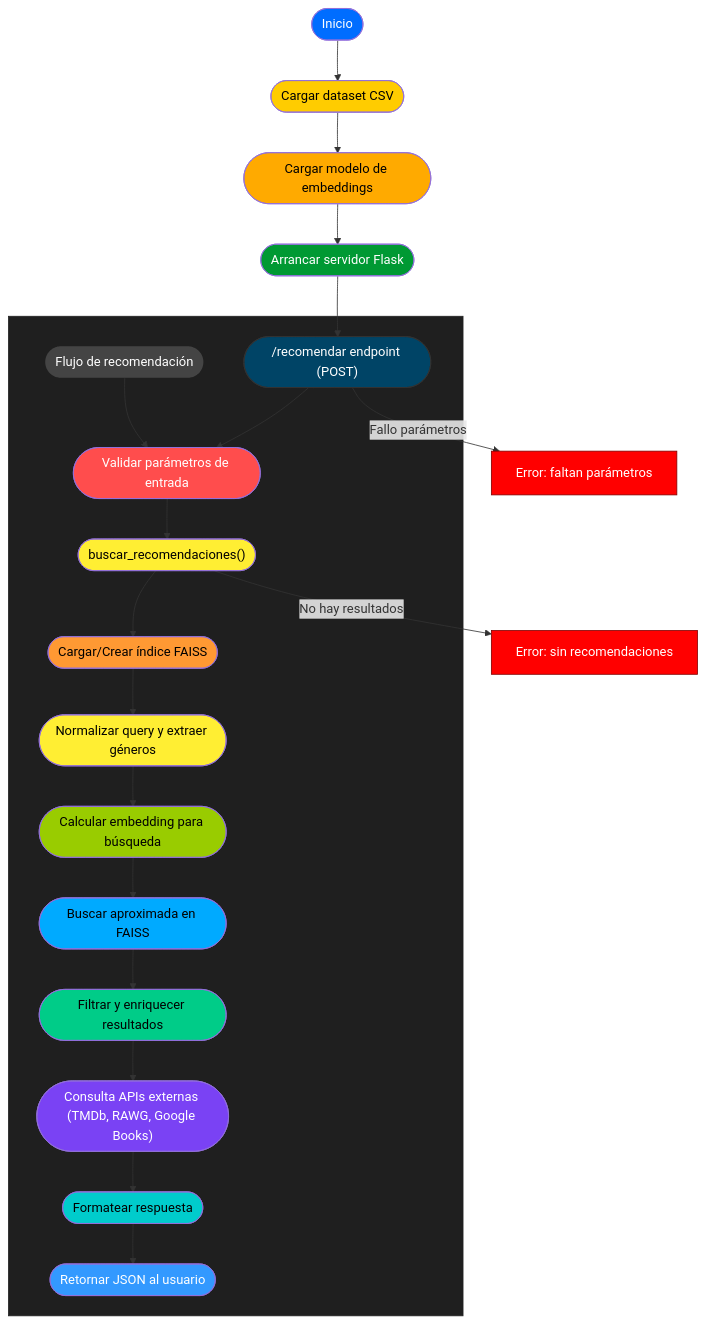
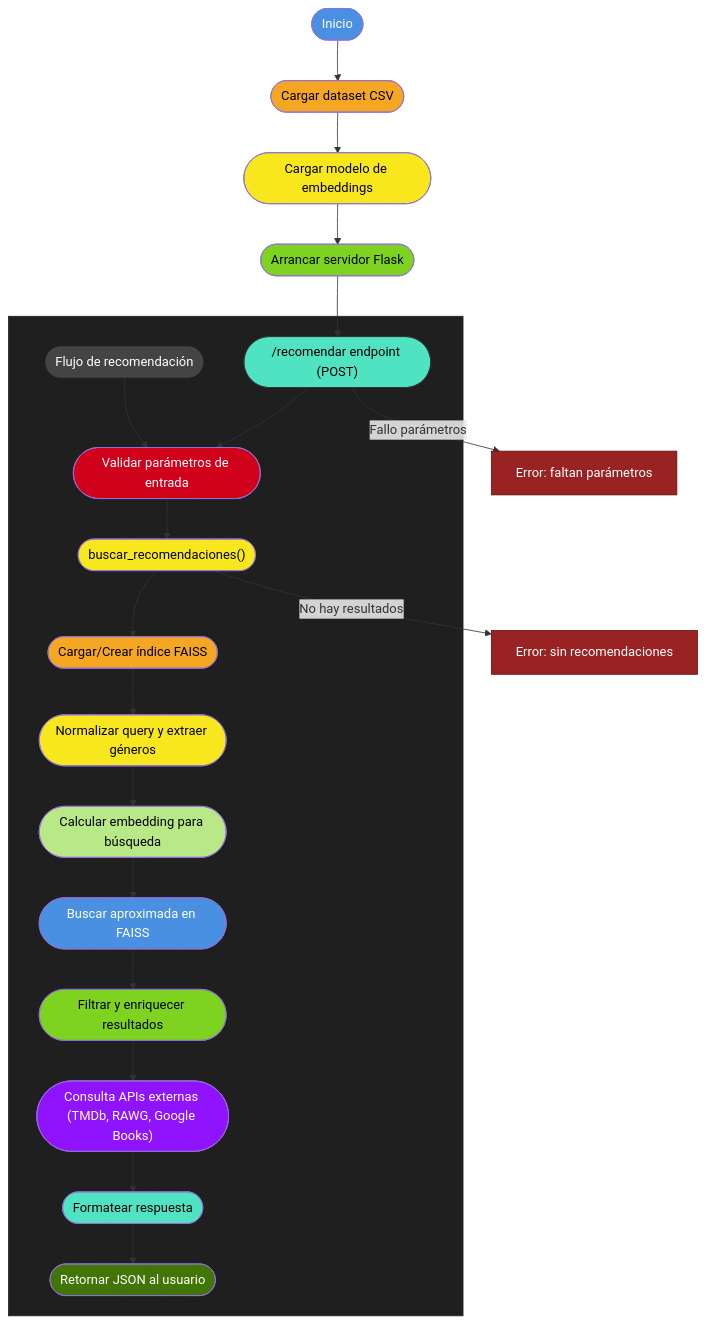
Before and after one commit to GerardoBlazquez/Sistema-de-Recomendaciones-Cruzadas: the diagram in README.md, drawn with Mermaid.

````diff
--- a/README.md
+++ b/README.md
@@ -150,62 +150,61 @@
 ```mermaid
 flowchart TD
     INICIO([Inicio])
     LOAD_DATASET(["Cargar dataset CSV"])
     LOAD_MODEL(["Cargar modelo de embeddings"])
     START_FLASK(["Arrancar servidor Flask"])
     RECOMENDAR_ENDPOINT(["/recomendar endpoint (POST)"])
 
     INICIO --> LOAD_DATASET
     LOAD_DATASET --> LOAD_MODEL
     LOAD_MODEL --> START_FLASK
     START_FLASK --> RECOMENDAR_ENDPOINT
 
 
   subgraph Flujo_de_recomendacion[" "]
     %% Nodo título
     TITULO(["Flujo de recomendación"]):::titulo
 
     %% Conexión fantasma para fijar TITULO arriba
     TITULO --> VALIDA_PARAMS
 
     %% Flujo real
     RECOMENDAR_ENDPOINT --> VALIDA_PARAMS(["Validar parámetros de entrada"])
     VALIDA_PARAMS --> BUSCA_RECOMENDACIONES(["buscar_recomendaciones()"])
     BUSCA_RECOMENDACIONES --> DATOS_INDEX(["Cargar/Crear índice FAISS"])
     DATOS_INDEX --> NORMALIZA_QUERY(["Normalizar query y extraer géneros"])
     NORMALIZA_QUERY --> CALC_EMBEDDING(["Calcular embedding para búsqueda"])
     CALC_EMBEDDING --> FAISS_SEARCH(["Buscar aproximada en FAISS"])
     FAISS_SEARCH --> FILTRA_RESULTADOS(["Filtrar y enriquecer resultados"])
     FILTRA_RESULTADOS --> EXTERNAL_API(["Consulta APIs externas (TMDb, RAWG, Google Books)"])
     EXTERNAL_API --> FORMATEA_RESPONSE(["Formatear respuesta"])
     FORMATEA_RESPONSE --> RETURN_JSON(["Retornar JSON al usuario"])
 end
 
 classDef titulo fill:#444444,color:#ffffff,stroke:none;
-classDef error fill:#ff0000,color:#ffffff,stroke:#800000;
+classDef error fill:#992222,color:#ffffff,stroke:#661111;
 
 RECOMENDAR_ENDPOINT -->|Fallo parámetros| ERROR_PARAMS["Error: faltan parámetros"]:::error
 BUSCA_RECOMENDACIONES -->|No hay resultados| ERROR_NO_RESULTS["Error: sin recomendaciones"]:::error
 
-%% Estilos con más contraste
-style INICIO fill:#006dff,color:#ffffff
-style LOAD_DATASET fill:#ffcc00,color:#000000
-style LOAD_MODEL fill:#ffaa00,color:#000000
-style START_FLASK fill:#009933,color:#ffffff
-style RECOMENDAR_ENDPOINT fill:#004466,stroke:#333,color:#ffffff
+%% Estilos combinables y suaves
+style INICIO fill:#4a90e2,color:#ffffff
+style LOAD_DATASET fill:#f5a623,color:#000000
+style LOAD_MODEL fill:#f8e71c,color:#000000
+style START_FLASK fill:#7ed321,color:#000000
+style RECOMENDAR_ENDPOINT fill:#50e3c2,stroke:#333,color:#000000
 
-style VALIDA_PARAMS fill:#ff4d4d,color:#ffffff
-style BUSCA_RECOMENDACIONES fill:#ffee33,color:#000000
-style DATOS_INDEX fill:#ff9933,color:#000000
-style NORMALIZA_QUERY fill:#ffee33,color:#000000
-style CALC_EMBEDDING fill:#99cc00,color:#000000
-style FAISS_SEARCH fill:#00aaff,color:#000000
-style FILTRA_RESULTADOS fill:#00cc88,color:#000000
-style EXTERNAL_API fill:#7a42f4,color:#ffffff
-style FORMATEA_RESPONSE fill:#00cccc,color:#000000
-style RETURN_JSON fill:#3399ff,color:#ffffff
+style VALIDA_PARAMS fill:#d0021b,color:#ffffff
+style BUSCA_RECOMENDACIONES fill:#f8e71c,color:#000000
+style DATOS_INDEX fill:#f5a623,color:#000000
+style NORMALIZA_QUERY fill:#f8e71c,color:#000000
+style CALC_EMBEDDING fill:#b8e986,color:#000000
+style FAISS_SEARCH fill:#4a90e2,color:#ffffff
+style FILTRA_RESULTADOS fill:#7ed321,color:#000000
+style EXTERNAL_API fill:#9013fe,color:#ffffff
+style FORMATEA_RESPONSE fill:#50e3c2,color:#000000
+style RETURN_JSON fill:#417505,color:#ffffff
 
 %% Color del subgrafo
 style Flujo_de_recomendacion fill:#1f1f1f,stroke:#222222,color:#ffffff
-
 ```
````
